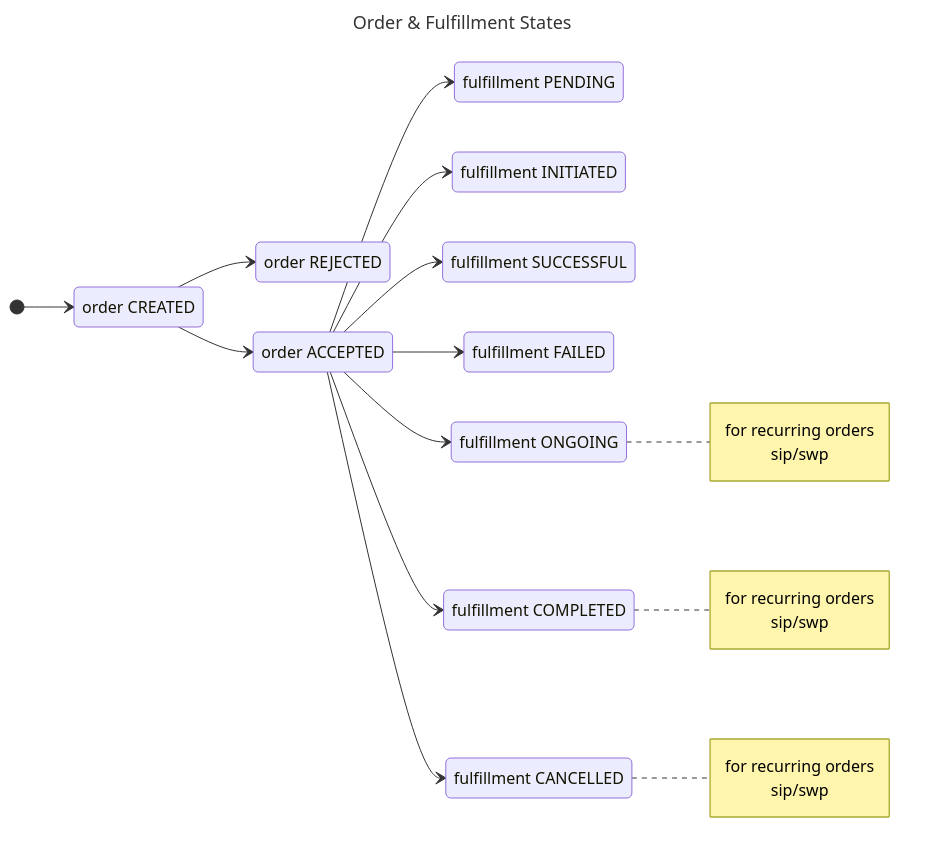
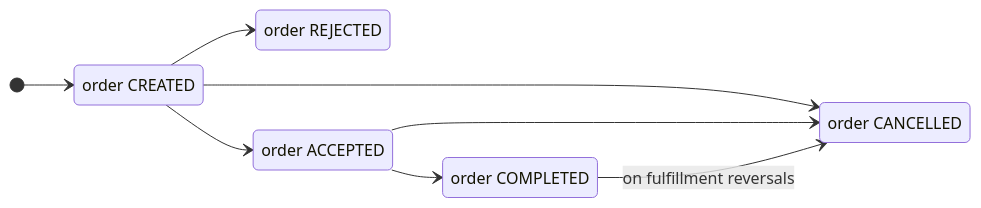
Before and after one commit to ONDC-Official/ONDC-FIS-Specifications: the first of 3 diagrams in api/components/docs/lifecycle-and-states.md, drawn with Mermaid. The commit also changed other lines of this file, not shown here.

Commit message:
updating order and fulfillment states doc

````diff
--- a/api/components/docs/lifecycle-and-states.md
+++ b/api/components/docs/lifecycle-and-states.md
@@ -31,41 +12,16 @@
 ```mermaid
----
-title: Order & Fulfillment States
----
 stateDiagram-v2
     direction LR
     CREATED : order CREATED
     REJECTED : order REJECTED
     ACCEPTED : order ACCEPTED
+    CANCELLED: order CANCELLED
+    COMPLETED: order COMPLETED
     [*] --> CREATED
     CREATED --> REJECTED
     CREATED --> ACCEPTED
-
-    PENDING: fulfillment PENDING
-    INITIATED: fulfillment INITIATED
-    SUCCESSFUL : fulfillment SUCCESSFUL
-    FAILED : fulfillment FAILED
-    ONGOING: fulfillment ONGOING
-    COMPLETED: fulfillment COMPLETED
-    CANCELLED: fulfillment CANCELLED
-
-    ACCEPTED --> PENDING
-    ACCEPTED --> INITIATED
-    ACCEPTED --> SUCCESSFUL
-    ACCEPTED --> FAILED
-    ACCEPTED --> ONGOING
+    CREATED --> CANCELLED
+    ACCEPTED --> CANCELLED
     ACCEPTED --> COMPLETED
-    ACCEPTED --> CANCELLED
-    note right of ONGOING
-        for recurring orders
-        sip/swp
-    end note
-    note right of COMPLETED
-        for recurring orders
-        sip/swp
-    end note
-    note right of CANCELLED
-        for recurring orders
-        sip/swp
-    end note
+    COMPLETED --> CANCELLED: on fulfillment reversals
 ```
````
